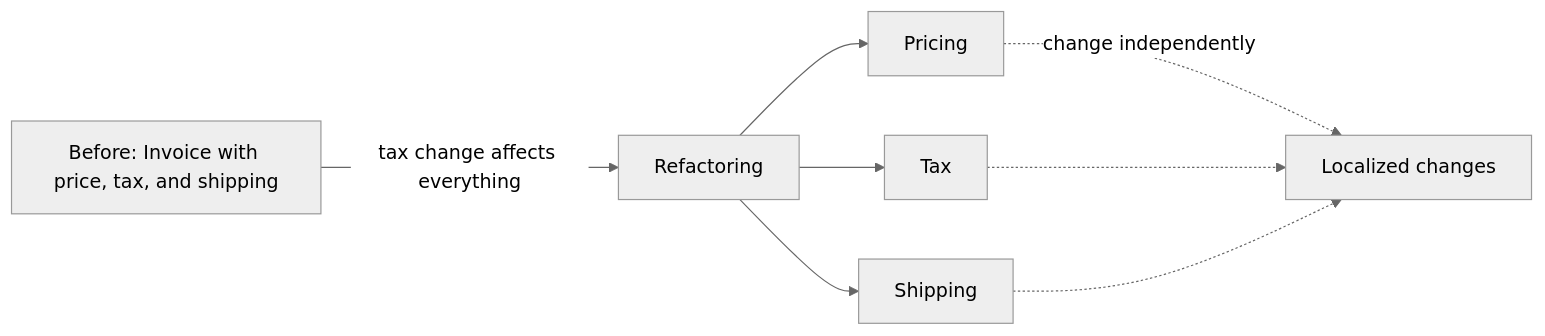
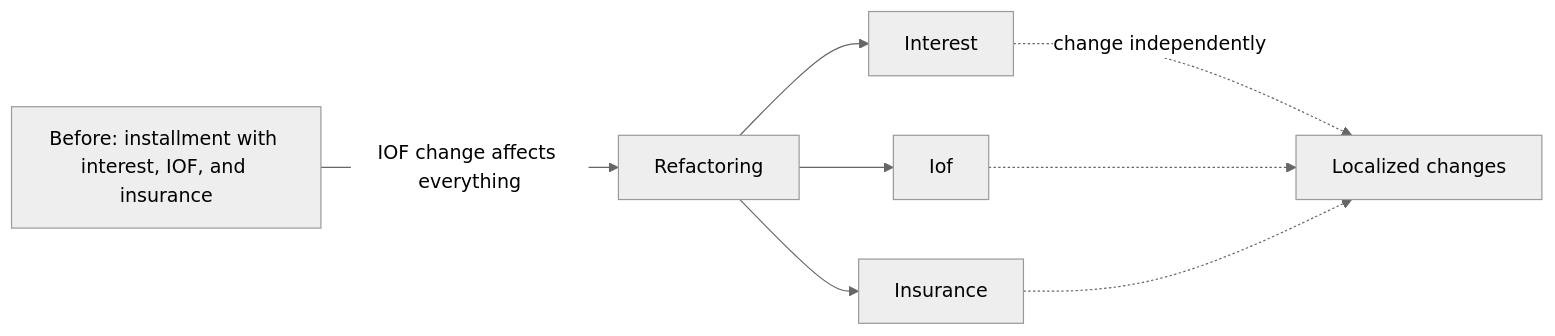
One commit to alancesar/design-patterns changed the diagram in i18n/en/docusaurus-plugin-content-docs/current/design/ddd/supple-design/conceptual-contours.md. Above: the diagram before and after it, drawn with Mermaid (neutral theme). The commit also changed other lines of this file and 67 other files, not shown here.

First line of the commit message:
Switch DDD examples and diagrams to fintech scenarios

````diff
--- a/i18n/en/docusaurus-plugin-content-docs/current/design/ddd/supple-design/conceptual-contours.md
+++ b/i18n/en/docusaurus-plugin-content-docs/current/design/ddd/supple-design/conceptual-contours.md
@@ -54,10 +54,10 @@
 ```mermaid
 flowchart LR
-    A["Before: Invoice with price, tax, and shipping"] -->|"tax change affects everything"| B["Refactoring"]
-    B --> C["Pricing"]
-    B --> D["Tax"]
-    B --> E["Shipping"]
+    A["Before: installment with interest, IOF, and insurance"] -->|"IOF change affects everything"| B["Refactoring"]
+    B --> C["Interest"]
+    B --> D["Iof"]
+    B --> E["Insurance"]
     C -.->|"change independently"| F["Localized changes"]
     D -.-> F
     E -.-> F
 ```
````
